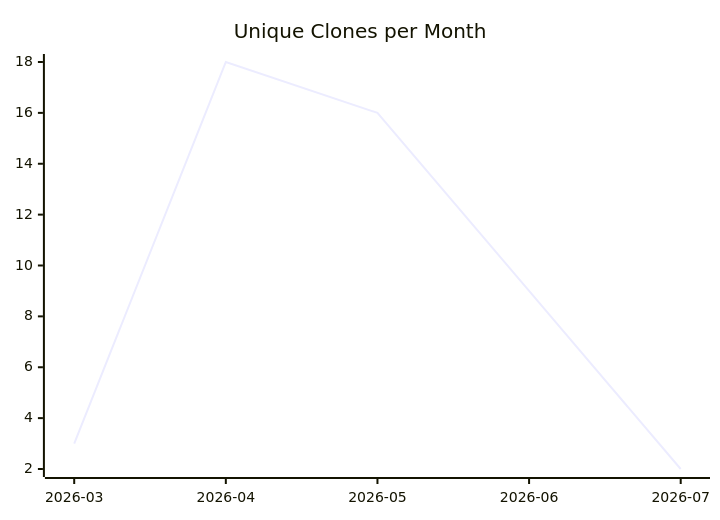
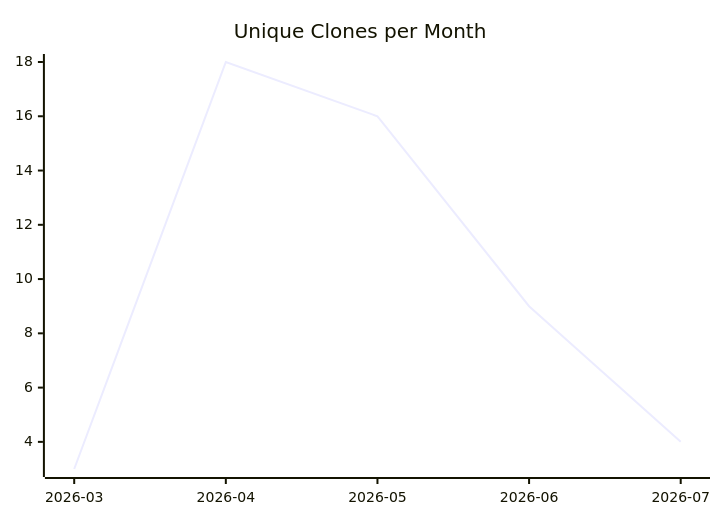
Before and after one commit to justdavis-family/github-analytics-data: the third of 3 diagrams in karlmdavis/jessentials/README.md, drawn with Mermaid. The commit also changed other lines of this file and 186 other files, not shown here.

````diff
--- a/karlmdavis/jessentials/README.md
+++ b/karlmdavis/jessentials/README.md
@@ -19,6 +19,6 @@
 ```mermaid
 xychart-beta
   title "Unique Clones per Month"
   x-axis ["2026-03", "2026-04", "2026-05", "2026-06", "2026-07"]
-  line [3, 18, 16, 9, 2]
+  line [3, 18, 16, 9, 4]
 ```
````
